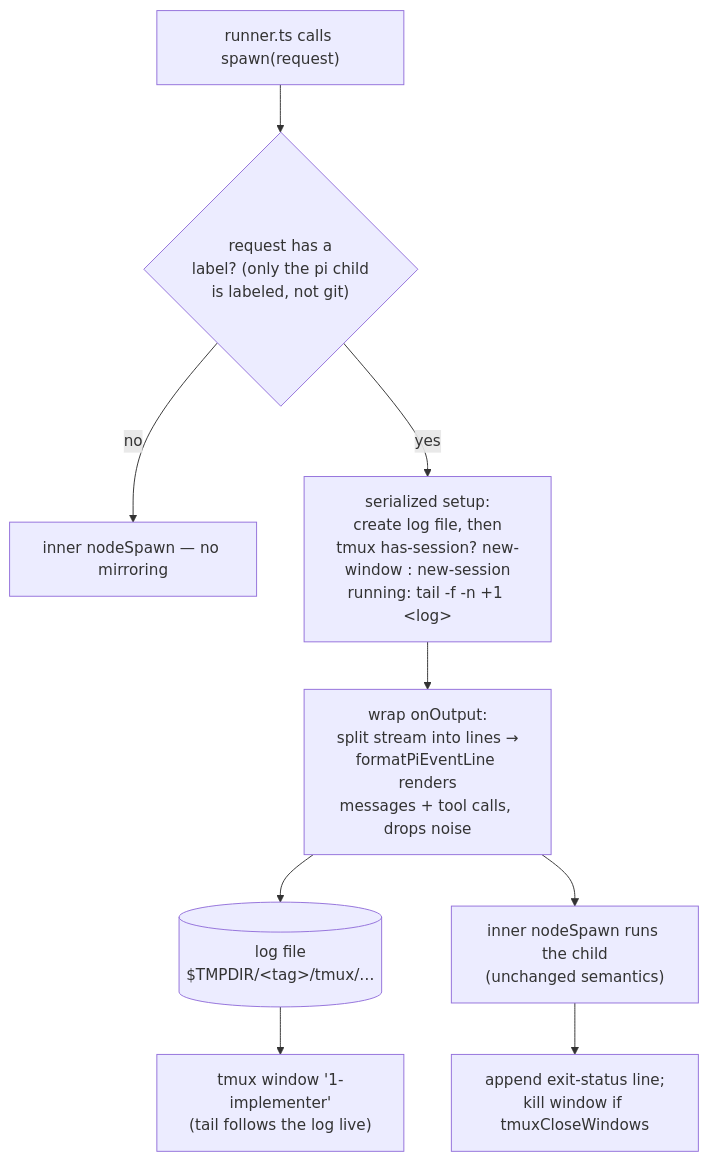
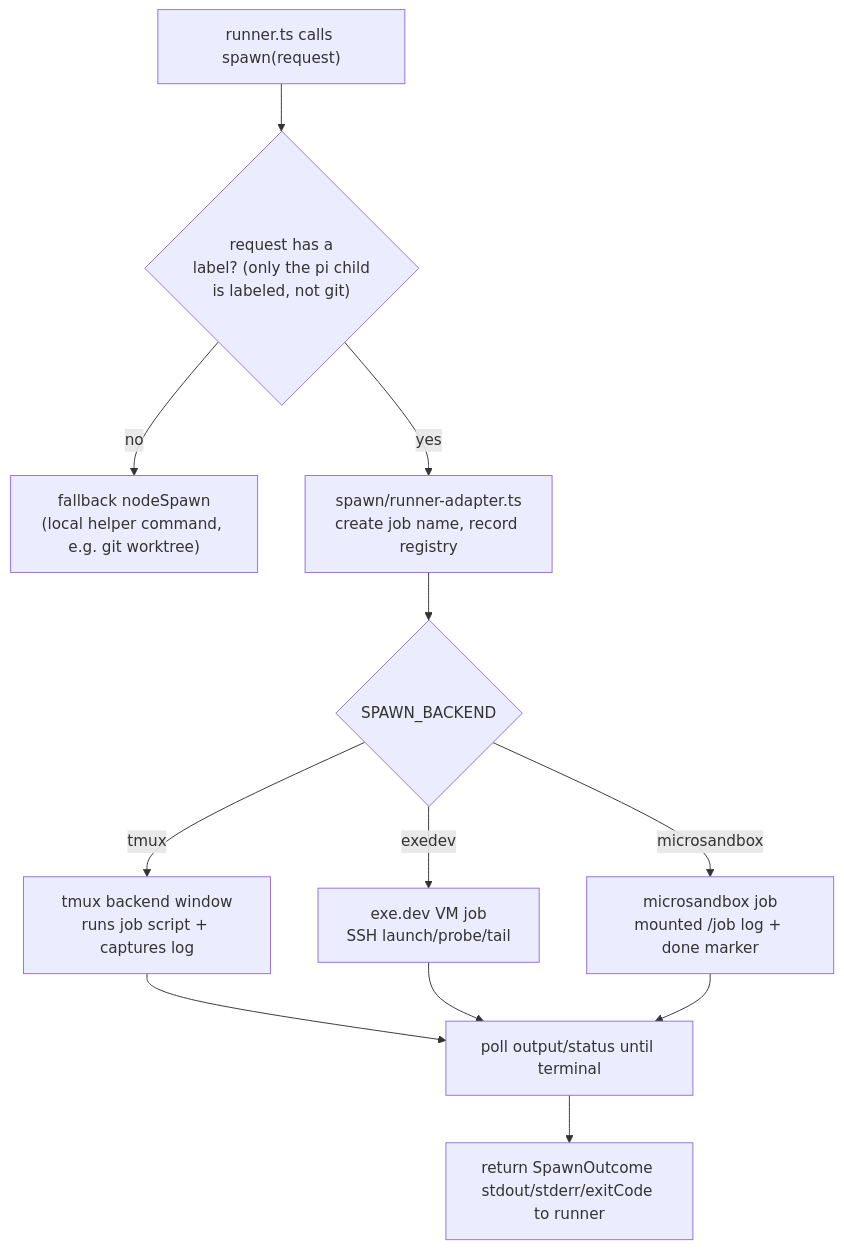
One commit to ulvestuen/pi-kit changed the tenth of 10 diagrams in docs/fleet-architecture.md. Above: the diagram before and after it, drawn with Mermaid. The commit also changed other lines of this file and 20 other files, not shown here.

````diff
--- a/docs/fleet-architecture.md
+++ b/docs/fleet-architecture.md
@@ -379,11 +385,14 @@
 ```mermaid
 flowchart TB
     runner["runner.ts calls spawn(request)"] --> label{"request has a<br/>label? (only the pi child<br/>is labeled, not git)"}
-    label -- no --> plain["inner nodeSpawn — no mirroring"]
-    label -- yes --> setup["serialized setup:<br/>create log file, then<br/>tmux has-session? new-window : new-session<br/>running: tail -f -n +1 &lt;log&gt;"]
-    setup --> wrap["wrap onOutput:<br/>split stream into lines →<br/>formatPiEventLine renders<br/>messages + tool calls, drops noise"]
-    wrap --> log[("log file<br/>$TMPDIR/&lt;tag&gt;/tmux/…")]
-    log --> win["tmux window '1-implementer'<br/>(tail follows the log live)"]
-    wrap --> inner["inner nodeSpawn runs the child<br/>(unchanged semantics)"]
-    inner --> exit["append exit-status line;<br/>kill window if tmuxCloseWindows"]
+    label -- no --> helper["fallback nodeSpawn<br/>(local helper command, e.g. git worktree)"]
+    label -- yes --> adapter["spawn/runner-adapter.ts<br/>create job name, record registry"]
+    adapter --> backend{"SPAWN_BACKEND"}
+    backend -- tmux --> win["tmux backend window<br/>runs job script + captures log"]
+    backend -- exedev --> vm["exe.dev VM job<br/>SSH launch/probe/tail"]
+    backend -- microsandbox --> msb["microsandbox job<br/>mounted /job log + done marker"]
+    win --> poll["poll output/status until terminal"]
+    vm --> poll
+    msb --> poll
+    poll --> result["return SpawnOutcome stdout/stderr/exitCode to runner"]
 ```
````
